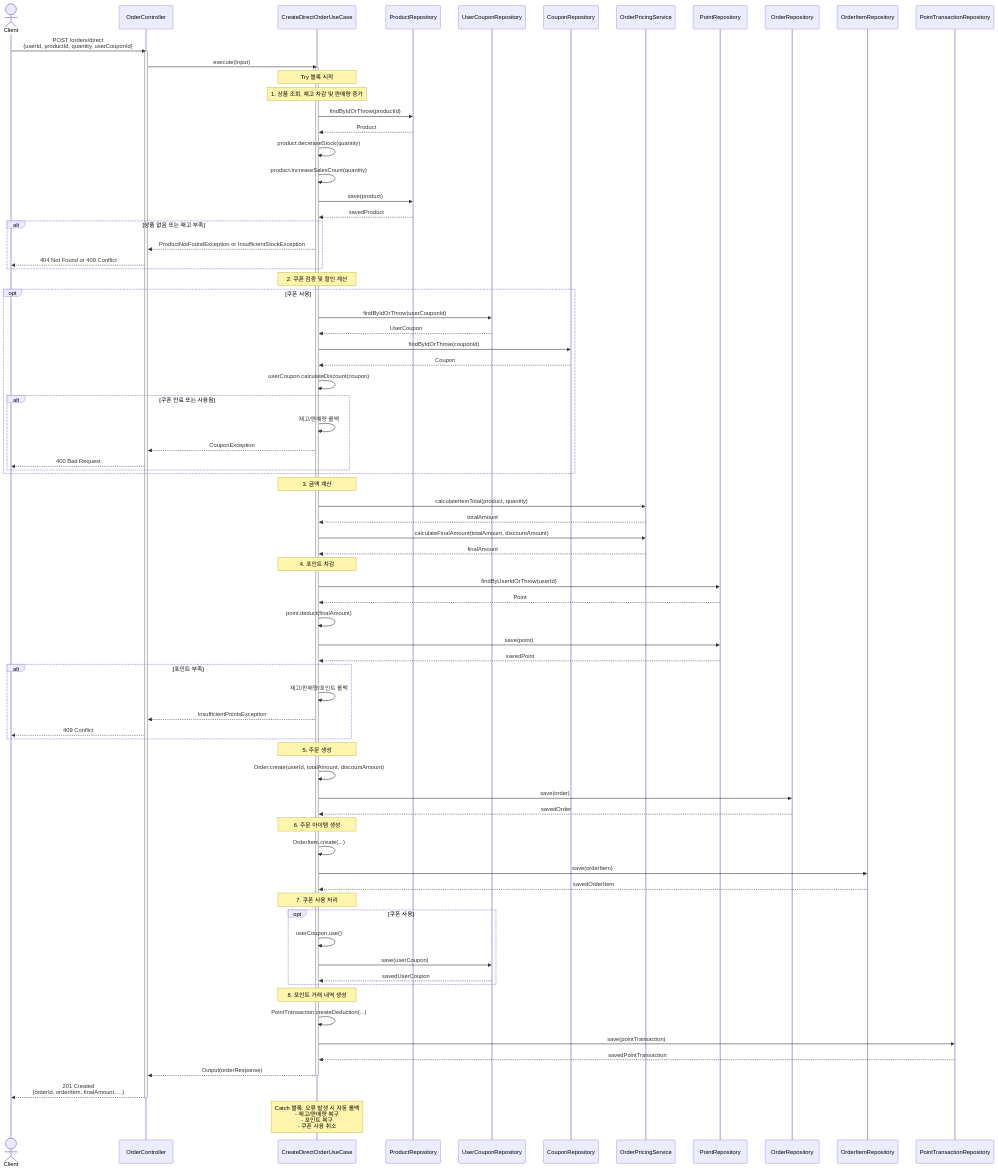
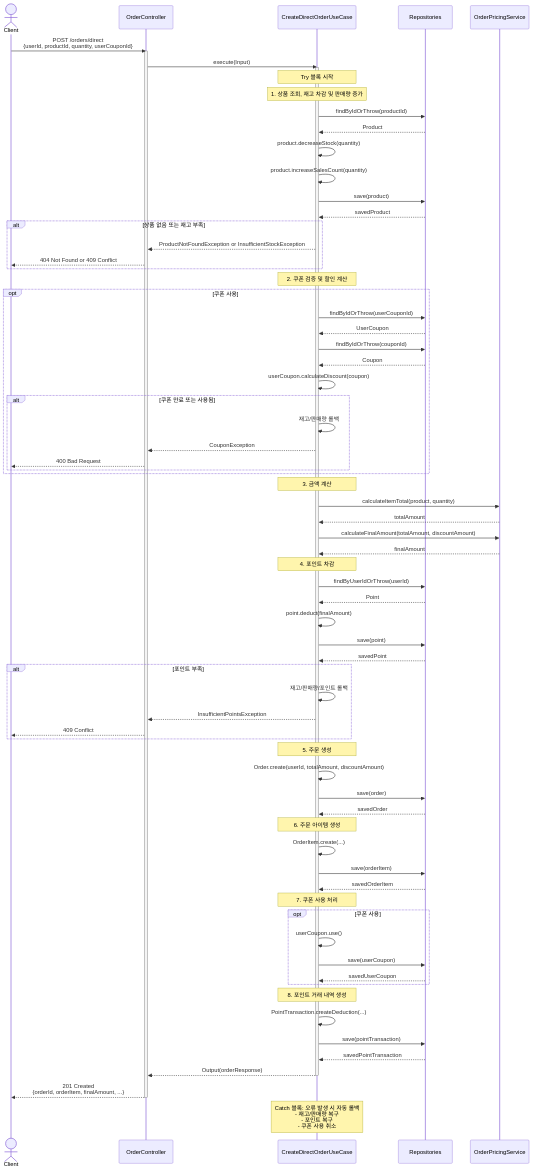
The seventh of 7 diagrams in README.md (keepConcentration/ecommerce), drawn with Mermaid before and after one commit. The commit also changed other lines of this file, not shown here.

Commit message:
docs: 시퀀스 다이어그램 repository 부분 간소화

```diff
--- a/README.md
+++ b/README.md
@@ -472,14 +464,8 @@
     actor Client
     participant Controller as OrderController
     participant UseCase as CreateDirectOrderUseCase
-    participant ProductRepo as ProductRepository
-    participant UserCouponRepo as UserCouponRepository
-    participant CouponRepo as CouponRepository
+    participant Repository as Repositories
     participant PricingService as OrderPricingService
-    participant PointRepo as PointRepository
-    participant OrderRepo as OrderRepository
-    participant OrderItemRepo as OrderItemRepository
-    participant PointTxRepo as PointTransactionRepository
 
     Client->>Controller: POST /orders/direct<br/>{userId, productId, quantity, userCouponId}
     activate Controller
@@ -490,13 +476,13 @@
     Note over UseCase: Try 블록 시작
 
     Note over UseCase: 1. 상품 조회, 재고 차감 및 판매량 증가
-    UseCase->>ProductRepo: findByIdOrThrow(productId)
-    ProductRepo-->>UseCase: Product
+    UseCase->>Repository: findByIdOrThrow(productId)
+    Repository-->>UseCase: Product
 
     UseCase->>UseCase: product.decreaseStock(quantity)
     UseCase->>UseCase: product.increaseSalesCount(quantity)
-    UseCase->>ProductRepo: save(product)
-    ProductRepo-->>UseCase: savedProduct
+    UseCase->>Repository: save(product)
+    Repository-->>UseCase: savedProduct
 
     alt 상품 없음 또는 재고 부족
         UseCase-->>Controller: ProductNotFoundException or InsufficientStockException
@@ -505,10 +491,10 @@
 
     Note over UseCase: 2. 쿠폰 검증 및 할인 계산
     opt 쿠폰 사용
-        UseCase->>UserCouponRepo: findByIdOrThrow(userCouponId)
-        UserCouponRepo-->>UseCase: UserCoupon
-        UseCase->>CouponRepo: findByIdOrThrow(couponId)
-        CouponRepo-->>UseCase: Coupon
+        UseCase->>Repository: findByIdOrThrow(userCouponId)
+        Repository-->>UseCase: UserCoupon
+        UseCase->>Repository: findByIdOrThrow(couponId)
+        Repository-->>UseCase: Coupon
         UseCase->>UseCase: userCoupon.calculateDiscount(coupon)
 
         alt 쿠폰 만료 또는 사용됨
@@ -525,11 +511,11 @@
     PricingService-->>UseCase: finalAmount
 
     Note over UseCase: 4. 포인트 차감
-    UseCase->>PointRepo: findByUserIdOrThrow(userId)
-    PointRepo-->>UseCase: Point
+    UseCase->>Repository: findByUserIdOrThrow(userId)
+    Repository-->>UseCase: Point
     UseCase->>UseCase: point.deduct(finalAmount)
-    UseCase->>PointRepo: save(point)
-    PointRepo-->>UseCase: savedPoint
+    UseCase->>Repository: save(point)
+    Repository-->>UseCase: savedPoint
 
     alt 포인트 부족
         UseCase->>UseCase: 재고/판매량/포인트 롤백
@@ -539,25 +525,25 @@
 
     Note over UseCase: 5. 주문 생성
     UseCase->>UseCase: Order.create(userId, totalAmount, discountAmount)
-    UseCase->>OrderRepo: save(order)
-    OrderRepo-->>UseCase: savedOrder
+    UseCase->>Repository: save(order)
+    Repository-->>UseCase: savedOrder
 
     Note over UseCase: 6. 주문 아이템 생성
     UseCase->>UseCase: OrderItem.create(...)
-    UseCase->>OrderItemRepo: save(orderItem)
-    OrderItemRepo-->>UseCase: savedOrderItem
+    UseCase->>Repository: save(orderItem)
+    Repository-->>UseCase: savedOrderItem
 
     Note over UseCase: 7. 쿠폰 사용 처리
     opt 쿠폰 사용
         UseCase->>UseCase: userCoupon.use()
-        UseCase->>UserCouponRepo: save(userCoupon)
-        UserCouponRepo-->>UseCase: savedUserCoupon
+        UseCase->>Repository: save(userCoupon)
+        Repository-->>UseCase: savedUserCoupon
     end
 
     Note over UseCase: 8. 포인트 거래 내역 생성
     UseCase->>UseCase: PointTransaction.createDeduction(...)
-    UseCase->>PointTxRepo: save(pointTransaction)
-    PointTxRepo-->>UseCase: savedPointTransaction
+    UseCase->>Repository: save(pointTransaction)
+    Repository-->>UseCase: savedPointTransaction
 
     UseCase-->>Controller: Output(orderResponse)
     deactivate UseCase
```
